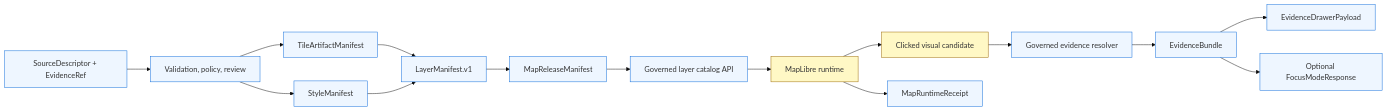
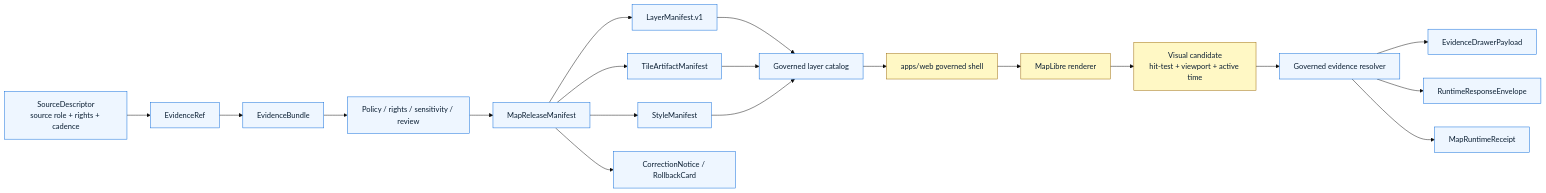
One commit to bartytime4life/Kansas-Frontier-Matrix changed the diagram in docs/adr/ADR-0206-maplibre-layer-manifest.md. Above: the diagram before and after it, drawn with Mermaid (base theme). The commit also changed other lines of this file, not shown here.

````diff
--- a/docs/adr/ADR-0206-maplibre-layer-manifest.md
+++ b/docs/adr/ADR-0206-maplibre-layer-manifest.md
@@ -176,23 +211,27 @@
 ```mermaid
 flowchart LR
-  A[SourceDescriptor + EvidenceRef] --> B[Validation, policy, review]
-  B --> C[TileArtifactManifest]
-  B --> D[StyleManifest]
-  C --> E[LayerManifest.v1]
-  D --> E
-  E --> F[MapReleaseManifest]
-  F --> G[Governed layer catalog API]
-  G --> H[MapLibre runtime]
-  H --> I[Clicked visual candidate]
-  I --> J[Governed evidence resolver]
-  J --> K[EvidenceBundle]
-  K --> L[EvidenceDrawerPayload]
-  K --> M[Optional FocusModeResponse]
-  H --> N[MapRuntimeReceipt]
+  SD[SourceDescriptor<br/>source role + rights + cadence] --> ER[EvidenceRef]
+  ER --> EB[EvidenceBundle]
+  EB --> POL[Policy / rights / sensitivity / review]
+  POL --> REL[MapReleaseManifest]
+  REL --> LM[LayerManifest.v1]
+  REL --> ART[TileArtifactManifest]
+  REL --> STYLE[StyleManifest]
+  LM --> CAT[Governed layer catalog]
+  ART --> CAT
+  STYLE --> CAT
+  CAT --> SHELL[apps/web governed shell]
+  SHELL --> MAP[MapLibre renderer]
+  MAP --> HIT[Visual candidate<br/>hit-test + viewport + active time]
+  HIT --> API[Governed evidence resolver]
+  API --> DRAWER[EvidenceDrawerPayload]
+  API --> FOCUS[RuntimeResponseEnvelope]
+  API --> RREC[MapRuntimeReceipt]
+  REL --> CORR[CorrectionNotice / RollbackCard]
 
-  classDef trust fill:#eef6ff,stroke:#0969da,stroke-width:1px;
-  classDef runtime fill:#fff8c5,stroke:#9a6700,stroke-width:1px;
+  classDef trust fill:#eef6ff,stroke:#0969da,stroke-width:1px,color:#0b1f33;
+  classDef runtime fill:#fff8c5,stroke:#9a6700,stroke-width:1px,color:#0b1f33;
 
-  class A,B,C,D,E,F,G,J,K,L,M,N trust;
-  class H,I runtime;
+  class SD,ER,EB,POL,REL,LM,ART,STYLE,CAT,API,DRAWER,FOCUS,RREC,CORR trust;
+  class SHELL,MAP,HIT runtime;
 ```
````
